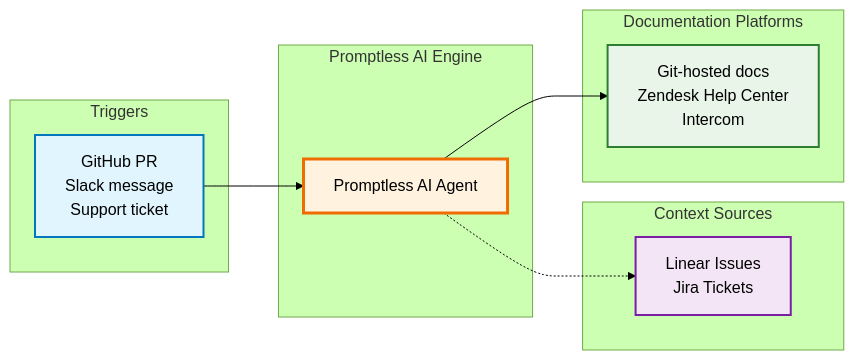
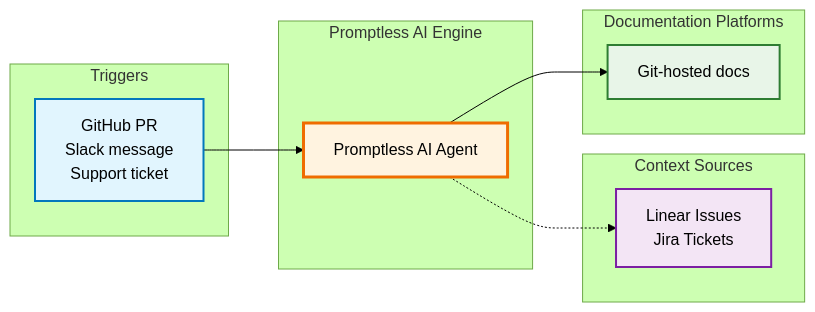
Before and after one commit to Promptless/docs: the diagram in fern/docs/core-concepts.mdx, drawn with Mermaid (forest theme). The commit also changed other lines of this file and 68 other files, not shown here.

````diff
--- a/fern/docs/core-concepts.mdx
+++ b/fern/docs/core-concepts.mdx
@@ -9,40 +9,40 @@
 ```mermaid
 graph LR
     %% Triggers Section
     subgraph "Triggers"
         T1[GitHub PR<br/>Slack message<br/>Support ticket]
     end
 
     %% Promptless Core
     subgraph "Promptless AI Engine"
         AI[Promptless AI Agent]
     end
 
     %% Context Sources Section
     subgraph "Context Sources"
         C1[Linear Issues<br/>Jira Tickets]
     end
 
     %% Documentation Platforms
     subgraph "Documentation Platforms"
-        D1[Git-hosted docs<br/>Zendesk Help Center<br/>Intercom]
+        D1[Git-hosted docs]
     end
 
     %% Connections
     T1 --> AI
     
     AI -.-> C1
 
     AI --> D1
 
     %% Styling
     classDef triggerStyle fill:#e1f5fe,stroke:#0277bd,stroke-width:2px,color:#000000
     classDef contextStyle fill:#f3e5f5,stroke:#7b1fa2,stroke-width:2px,color:#000000
     classDef coreStyle fill:#fff3e0,stroke:#ef6c00,stroke-width:3px,color:#000000
     classDef cmsStyle fill:#e8f5e8,stroke:#2e7d32,stroke-width:2px,color:#000000
 
     class T1 triggerStyle
     class C1 contextStyle
     class AI coreStyle
     class D1 cmsStyle
 ```
````
